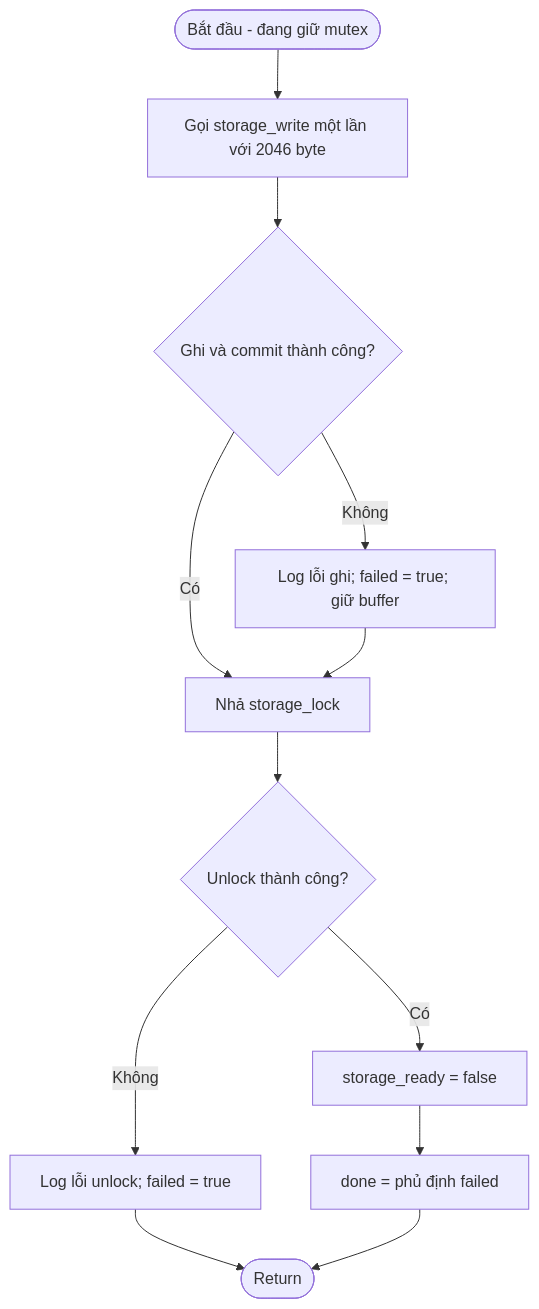
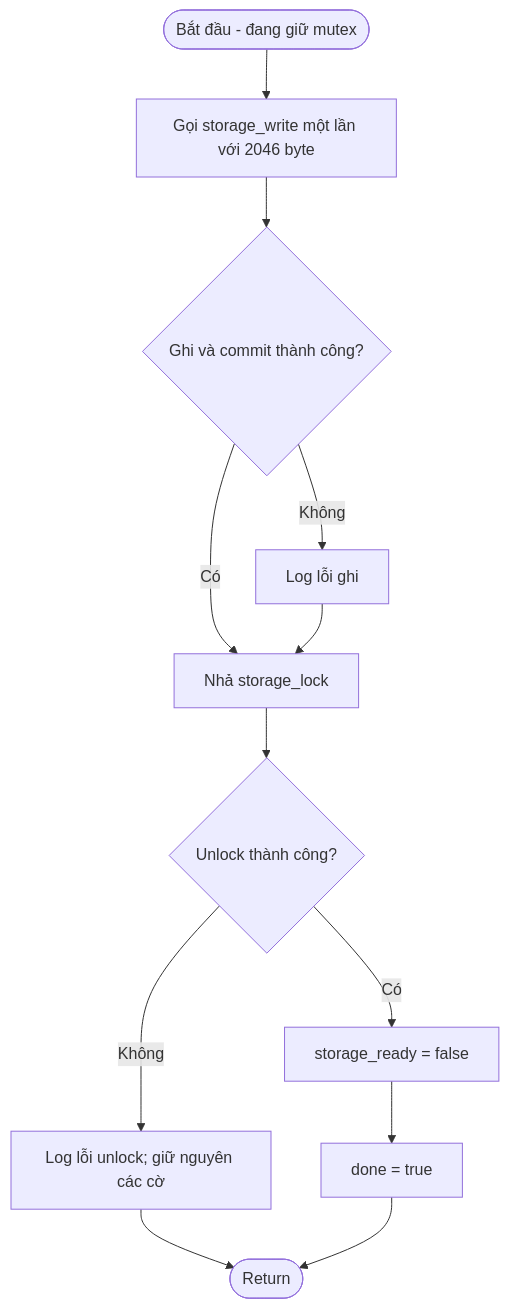
Diagram 11 of 14 in applications/app_design.md (kietnq1606/holter-chest-node), drawn with Mermaid before and after one commit. The commit also changed other lines of this file and 17 other files, not shown here.

````diff
--- a/applications/app_design.md
+++ b/applications/app_design.md
@@ -300,14 +300,14 @@
 ```mermaid
 flowchart TD
     A([Bắt đầu - đang giữ mutex]) --> B[Gọi storage_write một lần với 2046 byte]
     B --> C{Ghi và commit thành công?}
-    C -- Không --> D[Log lỗi ghi; failed = true; giữ buffer]
+    C -- Không --> D[Log lỗi ghi]
     C -- Có --> E[Nhả storage_lock]
     D --> E
     E --> F{Unlock thành công?}
-    F -- Không --> G[Log lỗi unlock; failed = true]
+    F -- Không --> G[Log lỗi unlock; giữ nguyên các cờ]
     G --> R([Return])
     F -- Có --> H[storage_ready = false]
-    H --> I[done = phủ định failed]
+    H --> I[done = true]
     I --> R
 ```
````
